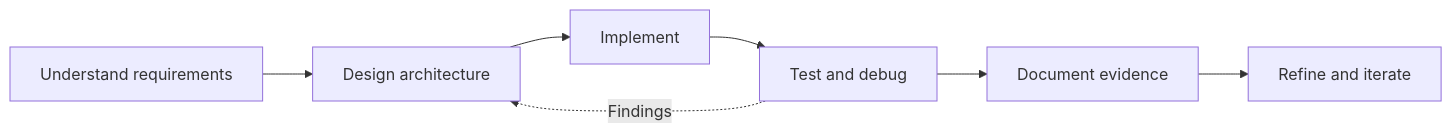
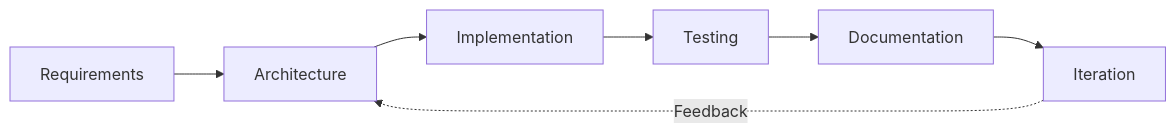
The diagram in README.md (Ozgurserin1/Ozgurserin1), drawn with Mermaid before and after one commit. The commit also changed other lines of this file, not shown here.

````diff
--- a/README.md
+++ b/README.md
@@ -165,9 +83,9 @@
 ```mermaid
 flowchart LR
-    A[Understand requirements] --> B[Design architecture]
-    B --> C[Implement]
-    C --> D[Test and debug]
-    D --> E[Document evidence]
-    E --> F[Refine and iterate]
-    D -. Findings .-> B
+    A[Requirements] --> B[Architecture]
+    B --> C[Implementation]
+    C --> D[Testing]
+    D --> E[Documentation]
+    E --> F[Iteration]
+    F -. Feedback .-> B
 ```
````
